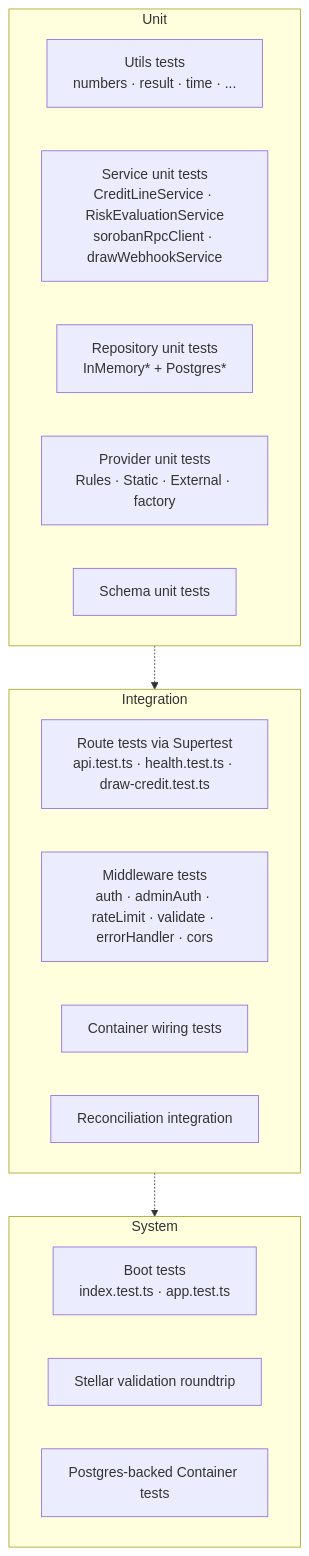
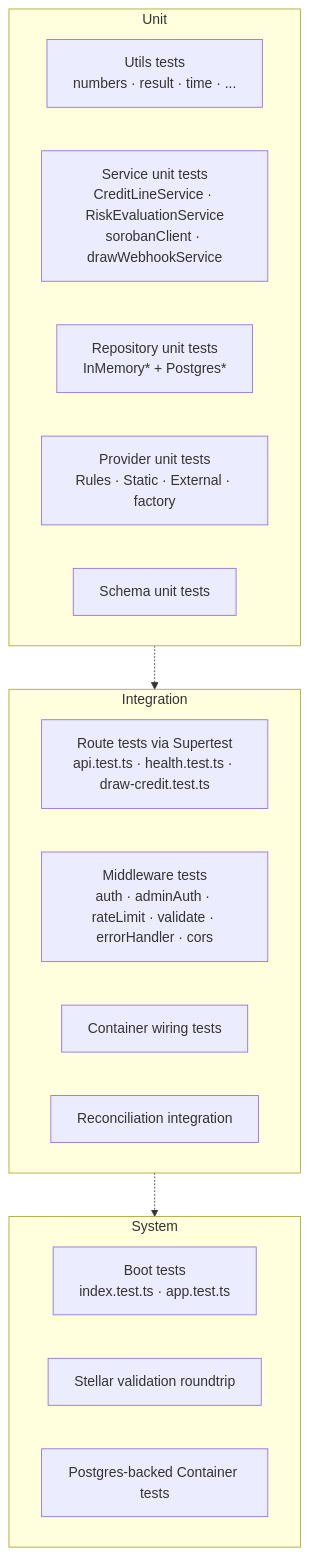
Before and after one commit to Creditra/Creditra-Backend: the diagram in docs/TESTING.md, drawn with Mermaid. The commit also changed other lines of this file and 10 other files, not shown here.

Commit message:
fix(reconciliation): clean Soroban RPC path

````diff
--- a/docs/TESTING.md
+++ b/docs/TESTING.md
@@ -22,22 +22,22 @@
 ```mermaid
 flowchart TB
     subgraph Unit
       U1[Utils tests<br/>numbers · result · time · ...]
-      U2[Service unit tests<br/>CreditLineService · RiskEvaluationService<br/>sorobanRpcClient · drawWebhookService]
+      U2[Service unit tests<br/>CreditLineService · RiskEvaluationService<br/>sorobanClient · drawWebhookService]
       U3[Repository unit tests<br/>InMemory* + Postgres*]
       U4[Provider unit tests<br/>Rules · Static · External · factory]
       U5[Schema unit tests]
     end
     subgraph Integration
       I1[Route tests via Supertest<br/>api.test.ts · health.test.ts · draw-credit.test.ts]
       I2[Middleware tests<br/>auth · adminAuth · rateLimit · validate · errorHandler · cors]
       I3[Container wiring tests]
       I4[Reconciliation integration]
     end
     subgraph System
       S1[Boot tests<br/>index.test.ts · app.test.ts]
       S2[Stellar validation roundtrip]
       S3[Postgres-backed Container tests]
     end
     Unit -.-> Integration -.-> System
 ```
````
